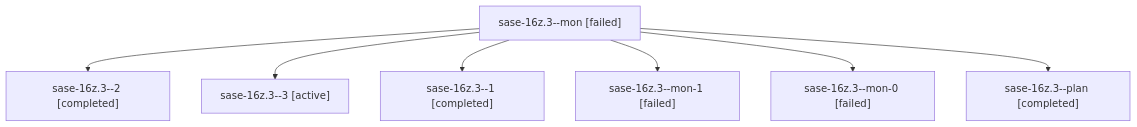
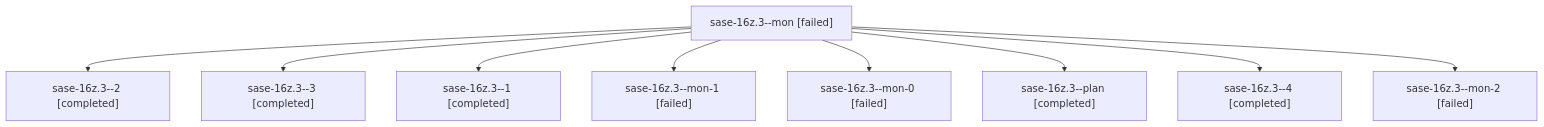
One commit to sase-org/sase--agents changed the diagram in families/bbugyi200.athena.sase-16z.3.md. Above: the diagram before and after it, drawn with Mermaid. The commit also changed other lines of this file and 108 other files, not shown here.

````diff
--- a/families/bbugyi200.athena.sase-16z.3.md
+++ b/families/bbugyi200.athena.sase-16z.3.md
@@ -9,16 +9,20 @@
 ```mermaid
 flowchart TD
   n0["sase-16z.3--mon [failed]"]
   n1["sase-16z.3--2 [completed]"]
   n0 --> n1
-  n2["sase-16z.3--3 [active]"]
+  n2["sase-16z.3--3 [completed]"]
   n0 --> n2
   n3["sase-16z.3--1 [completed]"]
   n0 --> n3
   n4["sase-16z.3--mon-1 [failed]"]
   n0 --> n4
   n5["sase-16z.3--mon-0 [failed]"]
   n0 --> n5
   n6["sase-16z.3--plan [completed]"]
   n0 --> n6
+  n7["sase-16z.3--4 [completed]"]
+  n0 --> n7
+  n8["sase-16z.3--mon-2 [failed]"]
+  n0 --> n8
 ```
````
